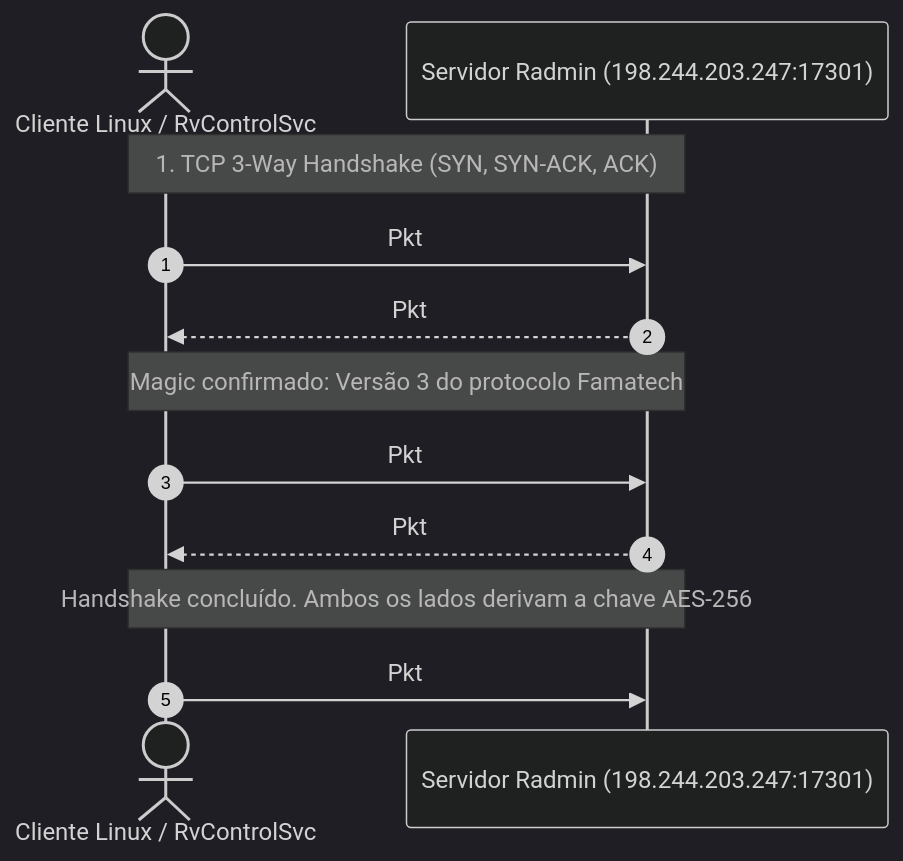
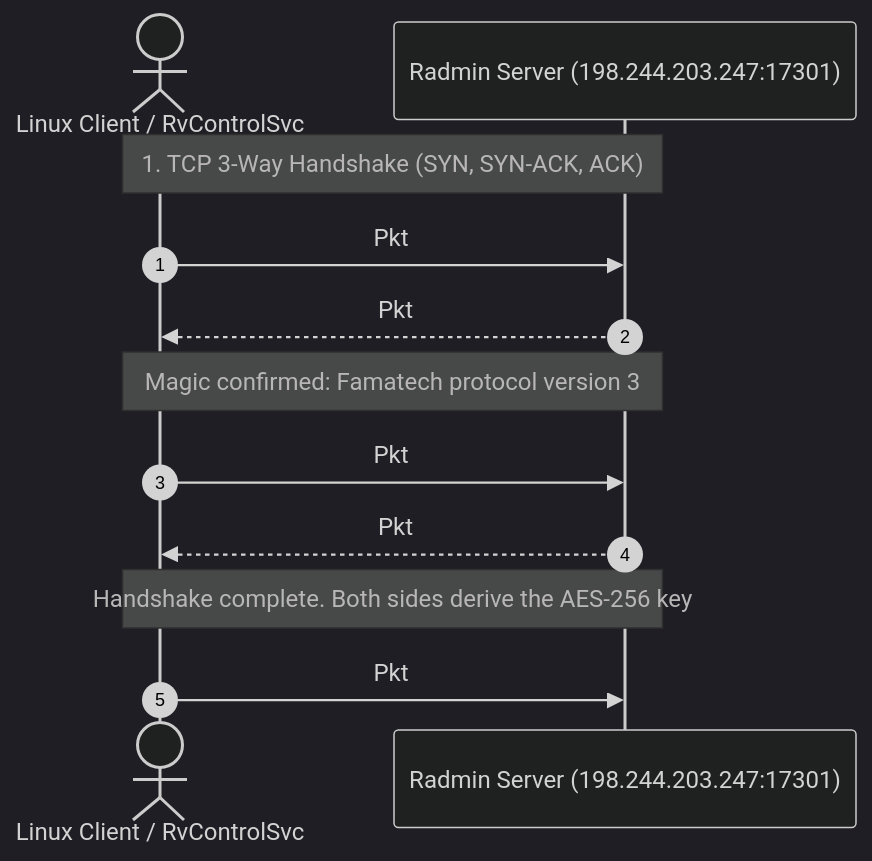
One commit to Pedrodroks34/radmin-vpn-linux-rs changed the diagram in docs/reverse-engineering/round-02/01-handshake.md. Above: the diagram before and after it, drawn with Mermaid (dark theme). The commit also changed other lines of this file and 38 other files, not shown here.

````diff
--- a/docs/reverse-engineering/round-02/01-handshake.md
+++ b/docs/reverse-engineering/round-02/01-handshake.md
@@ -83,15 +83,15 @@
 ```mermaid
 sequenceDiagram
     autonumber
-    actor C as Cliente Linux / RvControlSvc
-    participant S as Servidor Radmin (198.244.203.247:17301)
+    actor C as Linux Client / RvControlSvc
+    participant S as Radmin Server (198.244.203.247:17301)
 
     Note over C,S: 1. TCP 3-Way Handshake (SYN, SYN-ACK, ACK)
     C->>S: Pkt #35: Framing Magic [00 00 00 04] + Magic Data [03 00 00 00]
     S-->>C: Pkt #44: Framing Magic [00 00 00 04] + Echo Magic [03 00 00 00]
-    Note over C,S: Magic confirmado: Versão 3 do protocolo Famatech
+    Note over C,S: Magic confirmed: Famatech protocol version 3
     C->>S: Pkt #46: Framing [00 00 01 00] + 256 bytes RSA Encrypted Payload (Client Hello)
     S-->>C: Pkt #48: Framing [00 00 00 04] + 4 bytes Session Token [XX XX XX XX]
-    Note over C,S: Handshake concluído. Ambos os lados derivam a chave AES-256
-    C->>S: Pkt #50: Framing [00 00 00 XX] + Bloco AES-256-CBC (TLV de Login cifrado)
+    Note over C,S: Handshake complete. Both sides derive the AES-256 key
+    C->>S: Pkt #50: Framing [00 00 00 XX] + AES-256-CBC block (encrypted Login TLV)
 ```
````
